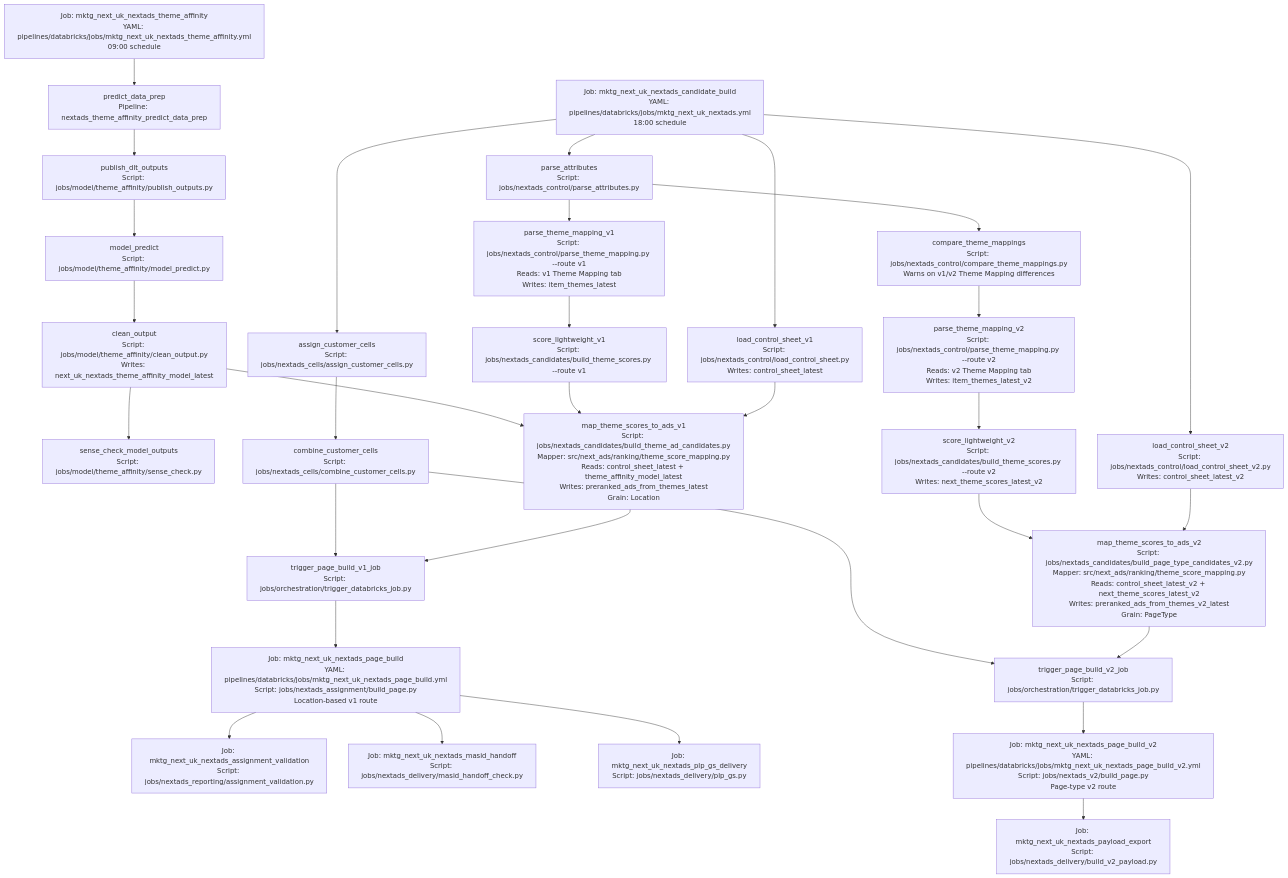
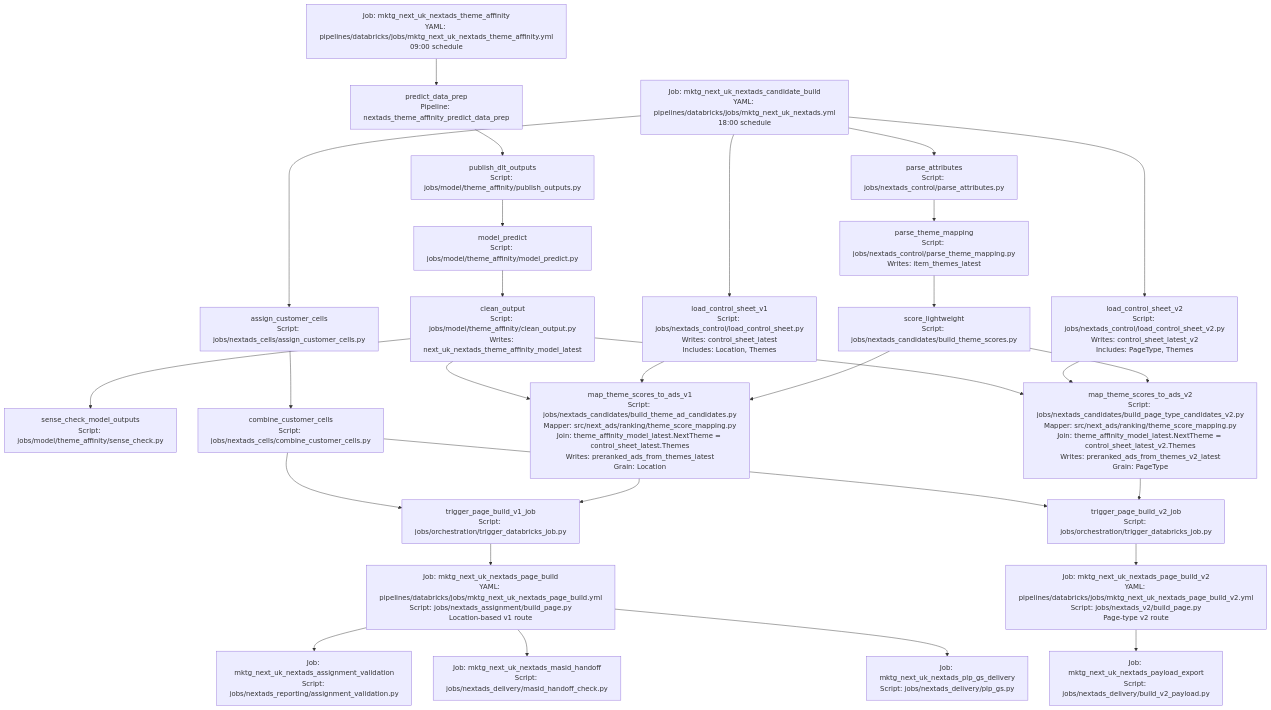
The diagram in docs/architecture/v1_v2_parallel_route.md (swblain-glyndwr/personal_project), drawn with Mermaid before and after one commit. The commit also changed other lines of this file and 28 other files, not shown here.

Commit message:
Align v2 mapping with shared theme affinity

````diff
--- a/docs/architecture/v1_v2_parallel_route.md
+++ b/docs/architecture/v1_v2_parallel_route.md
@@ -7,43 +9,41 @@
 ```mermaid
 flowchart TD
   TA["Job: mktg_next_uk_nextads_theme_affinity<br/>YAML: pipelines/databricks/jobs/mktg_next_uk_nextads_theme_affinity.yml<br/>09:00 schedule"]
   TA1["predict_data_prep<br/>Pipeline: nextads_theme_affinity_predict_data_prep"]
   TA2["publish_dlt_outputs<br/>Script: jobs/model/theme_affinity/publish_outputs.py"]
   TA3["model_predict<br/>Script: jobs/model/theme_affinity/model_predict.py"]
   TA4["clean_output<br/>Script: jobs/model/theme_affinity/clean_output.py<br/>Writes: next_uk_nextads_theme_affinity_model_latest"]
   TA5["sense_check_model_outputs<br/>Script: jobs/model/theme_affinity/sense_check.py"]
   TA --> TA1 --> TA2 --> TA3 --> TA4 --> TA5
 
   GEN["Job: mktg_next_uk_nextads_candidate_build<br/>YAML: pipelines/databricks/jobs/mktg_next_uk_nextads.yml<br/>18:00 schedule"]
   GEN --> C1["assign_customer_cells<br/>Script: jobs/nextads_cells/assign_customer_cells.py"]
   C1 --> C2["combine_customer_cells<br/>Script: jobs/nextads_cells/combine_customer_cells.py"]
 
-  GEN --> V1CS["load_control_sheet_v1<br/>Script: jobs/nextads_control/load_control_sheet.py<br/>Writes: control_sheet_latest"]
-  GEN --> V2CS["load_control_sheet_v2<br/>Script: jobs/nextads_control/load_control_sheet_v2.py<br/>Writes: control_sheet_latest_v2"]
+  GEN --> V1CS["load_control_sheet_v1<br/>Script: jobs/nextads_control/load_control_sheet.py<br/>Writes: control_sheet_latest<br/>Includes: Location, Themes"]
+  GEN --> V2CS["load_control_sheet_v2<br/>Script: jobs/nextads_control/load_control_sheet_v2.py<br/>Writes: control_sheet_latest_v2<br/>Includes: PageType, Themes"]
 
   GEN --> ATTR["parse_attributes<br/>Script: jobs/nextads_control/parse_attributes.py"]
-  ATTR --> TM1["parse_theme_mapping_v1<br/>Script: jobs/nextads_control/parse_theme_mapping.py --route v1<br/>Reads: v1 Theme Mapping tab<br/>Writes: item_themes_latest"]
-  ATTR --> CMP["compare_theme_mappings<br/>Script: jobs/nextads_control/compare_theme_mappings.py<br/>Warns on v1/v2 Theme Mapping differences"]
-  CMP --> TM2["parse_theme_mapping_v2<br/>Script: jobs/nextads_control/parse_theme_mapping.py --route v2<br/>Reads: v2 Theme Mapping tab<br/>Writes: item_themes_latest_v2"]
-  TM1 --> SCORE1["score_lightweight_v1<br/>Script: jobs/nextads_candidates/build_theme_scores.py --route v1"]
-  TM2 --> SCORE2["score_lightweight_v2<br/>Script: jobs/nextads_candidates/build_theme_scores.py --route v2<br/>Writes: next_theme_scores_latest_v2"]
+  ATTR --> TM["parse_theme_mapping<br/>Script: jobs/nextads_control/parse_theme_mapping.py<br/>Writes: item_themes_latest"]
+  TM --> SCORE["score_lightweight<br/>Script: jobs/nextads_candidates/build_theme_scores.py"]
 
   TA4 --> V1MAP
-  SCORE1 --> V1MAP["map_theme_scores_to_ads_v1<br/>Script: jobs/nextads_candidates/build_theme_ad_candidates.py<br/>Mapper: src/next_ads/ranking/theme_score_mapping.py<br/>Reads: control_sheet_latest + theme_affinity_model_latest<br/>Writes: preranked_ads_from_themes_latest<br/>Grain: Location"]
-  V1CS --> V1MAP
+  V1CS --> V1MAP["map_theme_scores_to_ads_v1<br/>Script: jobs/nextads_candidates/build_theme_ad_candidates.py<br/>Mapper: src/next_ads/ranking/theme_score_mapping.py<br/>Join: theme_affinity_model_latest.NextTheme = control_sheet_latest.Themes<br/>Writes: preranked_ads_from_themes_latest<br/>Grain: Location"]
+  SCORE --> V1MAP
 
-  SCORE2 --> V2MAP["map_theme_scores_to_ads_v2<br/>Script: jobs/nextads_candidates/build_page_type_candidates_v2.py<br/>Mapper: src/next_ads/ranking/theme_score_mapping.py<br/>Reads: control_sheet_latest_v2 + next_theme_scores_latest_v2<br/>Writes: preranked_ads_from_themes_v2_latest<br/>Grain: PageType"]
-  V2CS --> V2MAP
+  TA4 --> V2MAP
+  V2CS --> V2MAP["map_theme_scores_to_ads_v2<br/>Script: jobs/nextads_candidates/build_page_type_candidates_v2.py<br/>Mapper: src/next_ads/ranking/theme_score_mapping.py<br/>Join: theme_affinity_model_latest.NextTheme = control_sheet_latest_v2.Themes<br/>Writes: preranked_ads_from_themes_v2_latest<br/>Grain: PageType"]
+  SCORE --> V2MAP
 
   C2 --> TR1["trigger_page_build_v1_job<br/>Script: jobs/orchestration/trigger_databricks_job.py"]
   V1MAP --> TR1
   TR1 --> PB1["Job: mktg_next_uk_nextads_page_build<br/>YAML: pipelines/databricks/jobs/mktg_next_uk_nextads_page_build.yml<br/>Script: jobs/nextads_assignment/build_page.py<br/>Location-based v1 route"]
   PB1 --> QA["Job: mktg_next_uk_nextads_assignment_validation<br/>Script: jobs/nextads_reporting/assignment_validation.py"]
   PB1 --> MASID["Job: mktg_next_uk_nextads_masid_handoff<br/>Script: jobs/nextads_delivery/masid_handoff_check.py"]
   PB1 --> PLP["Job: mktg_next_uk_nextads_plp_gs_delivery<br/>Script: jobs/nextads_delivery/plp_gs.py"]
 
   C2 --> TR2["trigger_page_build_v2_job<br/>Script: jobs/orchestration/trigger_databricks_job.py"]
   V2MAP --> TR2
   TR2 --> PB2["Job: mktg_next_uk_nextads_page_build_v2<br/>YAML: pipelines/databricks/jobs/mktg_next_uk_nextads_page_build_v2.yml<br/>Script: jobs/nextads_v2/build_page.py<br/>Page-type v2 route"]
   PB2 --> PAYLOAD["Job: mktg_next_uk_nextads_payload_export<br/>Script: jobs/nextads_delivery/build_v2_payload.py"]
 ```
````
